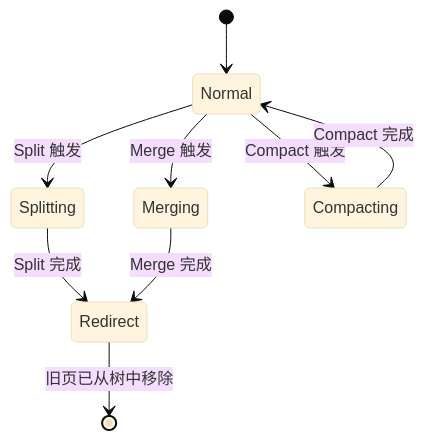
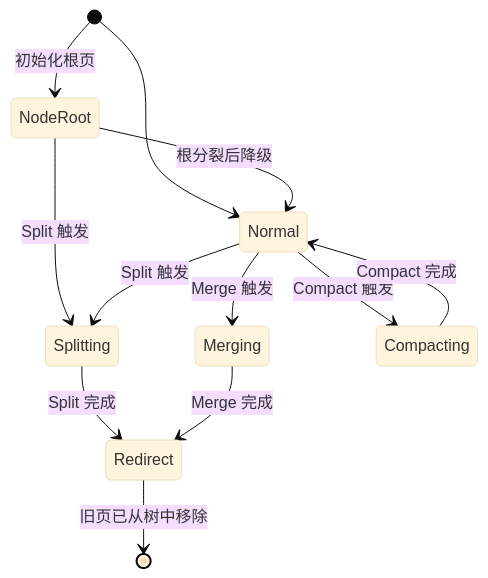
Diagram 11 of 39 in docs/07_spike/btree-refactor/2026-05-23-persistence-architecture-comprehensive-guide.md (jzhang405/NexKV), drawn with Mermaid (base theme) before and after one commit. The commit also changed other lines of this file, not shown here.

````diff
--- a/docs/07_spike/btree-refactor/2026-05-23-persistence-architecture-comprehensive-guide.md
+++ b/docs/07_spike/btree-refactor/2026-05-23-persistence-architecture-comprehensive-guide.md
@@ -357,11 +361,14 @@
 ```mermaid
 stateDiagram-v2
+    [*] --> NodeRoot: 初始化根页
     [*] --> Normal
+    NodeRoot --> Normal: 根分裂后降级
+    NodeRoot --> Splitting: Split 触发
     Normal --> Splitting: Split 触发
     Normal --> Merging: Merge 触发
     Normal --> Compacting: Compact 触发
     Splitting --> Redirect: Split 完成
     Merging --> Redirect: Merge 完成
     Compacting --> Normal: Compact 完成
     Redirect --> [*]: 旧页已从树中移除
 ```
````
